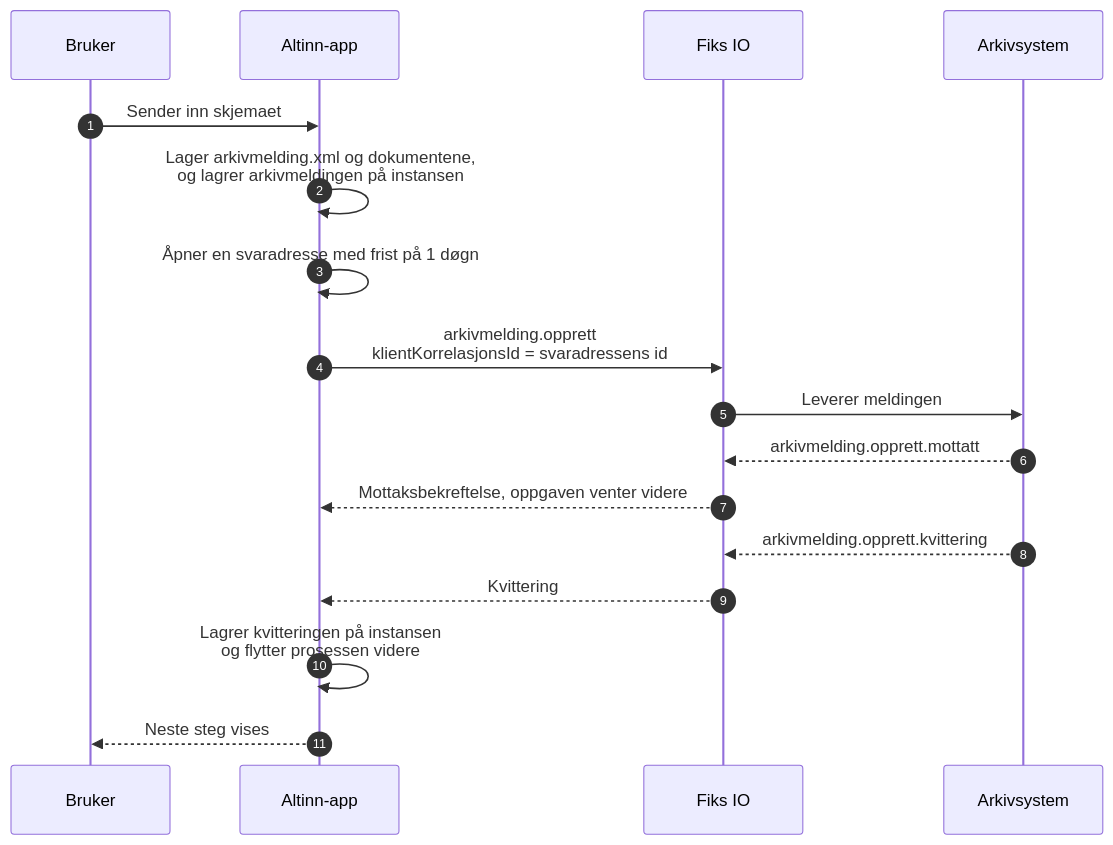
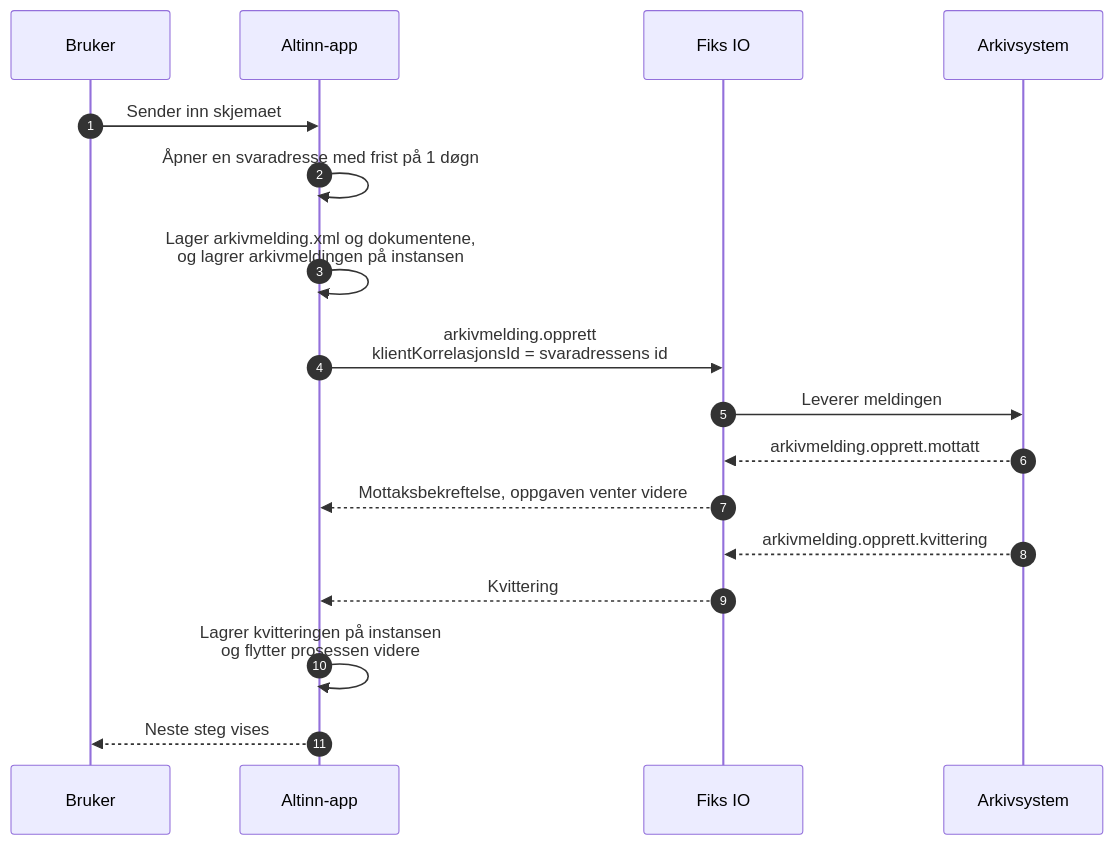
The diagram in content/altinn-studio/v9/receive-data/fiks-arkiv/_index.nb.md (Altinn/altinn-studio-docs), drawn with Mermaid before and after one commit. The commit also changed other lines of this file and 4 other files, not shown here.

```diff
--- a/content/altinn-studio/v9/receive-data/fiks-arkiv/_index.nb.md
+++ b/content/altinn-studio/v9/receive-data/fiks-arkiv/_index.nb.md
@@ -33,20 +33,20 @@
 {{< mermaid >}}
 sequenceDiagram
     autonumber
     participant Bruker
     participant App as Altinn-app
     participant FiksIO as Fiks IO
     participant Arkiv as Arkivsystem
 
     Bruker->>App: Sender inn skjemaet
+    App->>App: Åpner en svaradresse med frist på 1 døgn
     App->>App: Lager arkivmelding.xml og dokumentene,<br>og lagrer arkivmeldingen på instansen
-    App->>App: Åpner en svaradresse med frist på 1 døgn
     App->>FiksIO: arkivmelding.opprett<br>klientKorrelasjonsId = svaradressens id
     FiksIO->>Arkiv: Leverer meldingen
     Arkiv-->>FiksIO: arkivmelding.opprett.mottatt
     FiksIO-->>App: Mottaksbekreftelse, oppgaven venter videre
     Arkiv-->>FiksIO: arkivmelding.opprett.kvittering
     FiksIO-->>App: Kvittering
     App->>App: Lagrer kvitteringen på instansen<br>og flytter prosessen videre
     App-->>Bruker: Neste steg vises
 {{< /mermaid >}}
```
